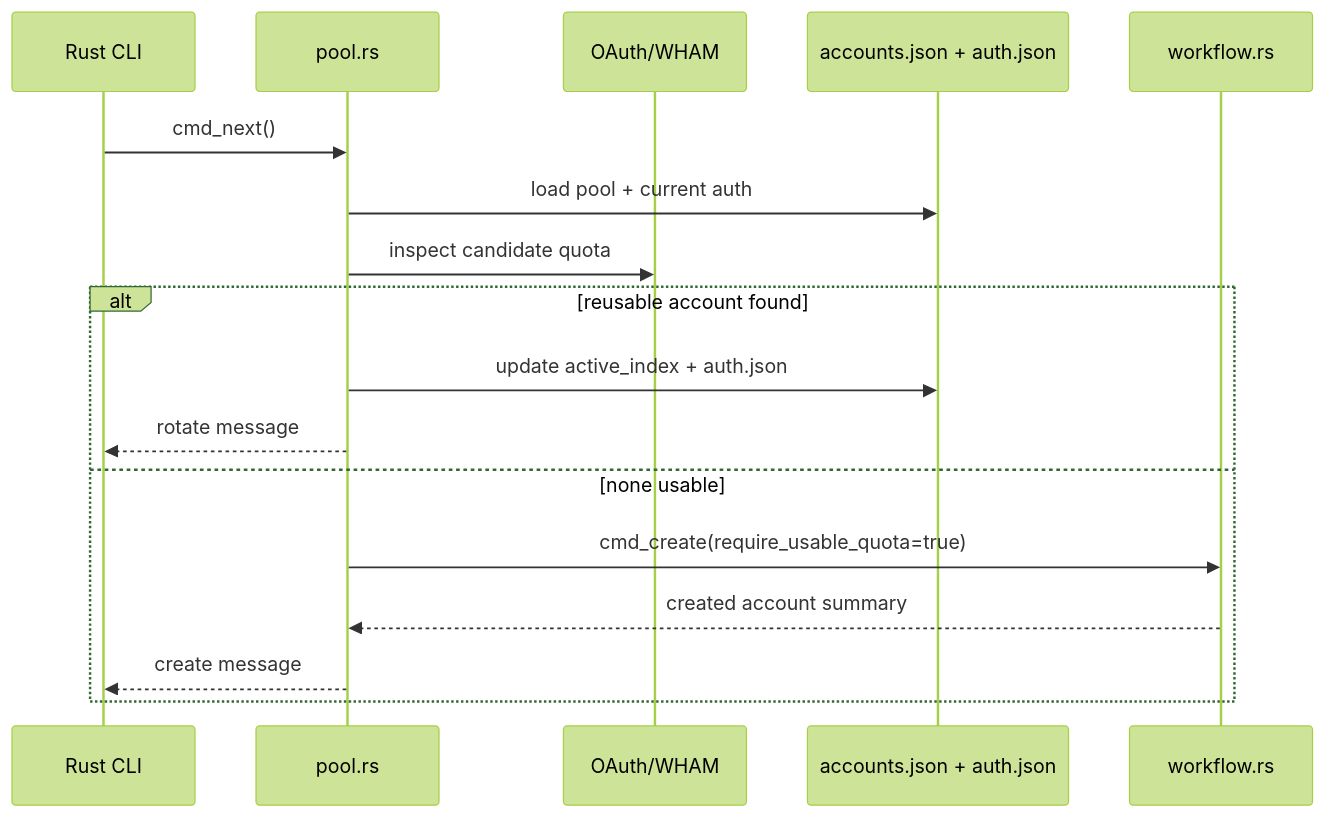
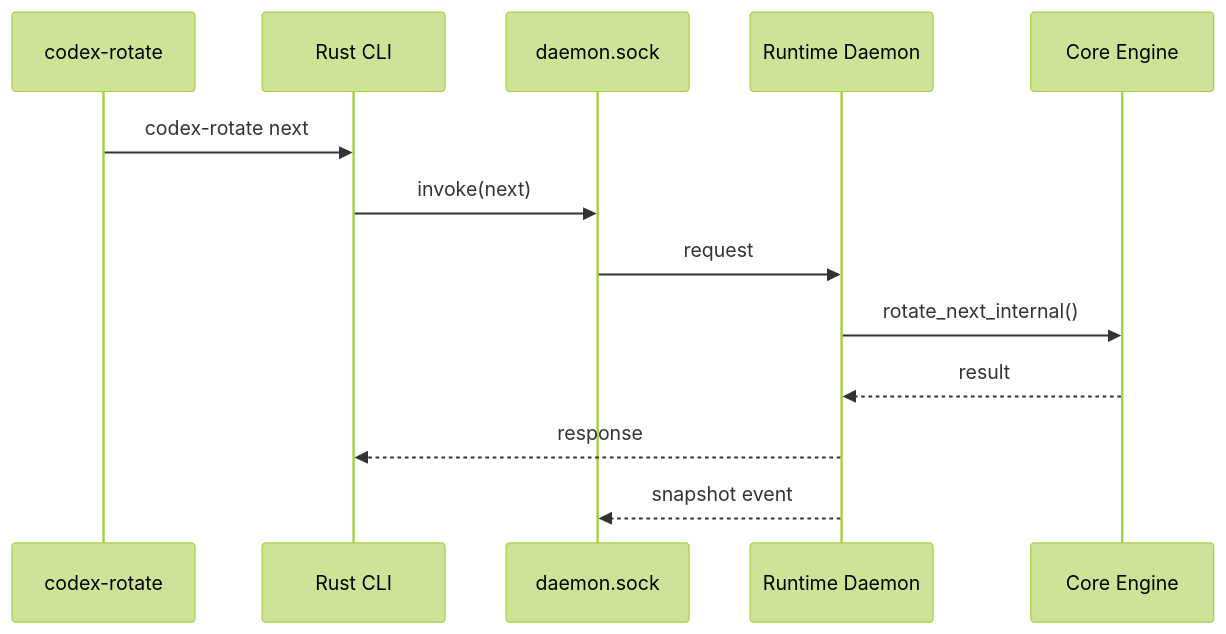
One commit to omar391/ai-tools changed the third of 3 diagrams in packages/codex-rotate-app/architecture.md. Above: the diagram before and after it, drawn with Mermaid (forest theme). The commit also changed other lines of this file and 36 other files, not shown here.

Commit message:
refactor(codex-rotate): move runtime ownership into the cli

````diff
--- a/packages/codex-rotate-app/architecture.md
+++ b/packages/codex-rotate-app/architecture.md
@@ -132,20 +99,16 @@
 ```mermaid
 sequenceDiagram
+  participant User as codex-rotate
   participant CLI as Rust CLI
-  participant Pool as pool.rs
-  participant OpenAI as OAuth/WHAM
-  participant Files as accounts.json + auth.json
-  participant Workflow as workflow.rs
+  participant IPC as daemon.sock
+  participant Daemon as Runtime Daemon
+  participant Engine as Core Engine
 
-  CLI->>Pool: cmd_next()
-  Pool->>Files: load pool + current auth
-  Pool->>OpenAI: inspect candidate quota
-  alt reusable account found
-    Pool->>Files: update active_index + auth.json
-    Pool-->>CLI: rotate message
-  else none usable
-    Pool->>Workflow: cmd_create(require_usable_quota=true)
-    Workflow-->>Pool: created account summary
-    Pool-->>CLI: create message
-  end
+  User->>CLI: codex-rotate next
+  CLI->>IPC: invoke(next)
+  IPC->>Daemon: request
+  Daemon->>Engine: rotate_next_internal()
+  Engine-->>Daemon: result
+  Daemon-->>CLI: response
+  Daemon-->>IPC: snapshot event
 ```
````
